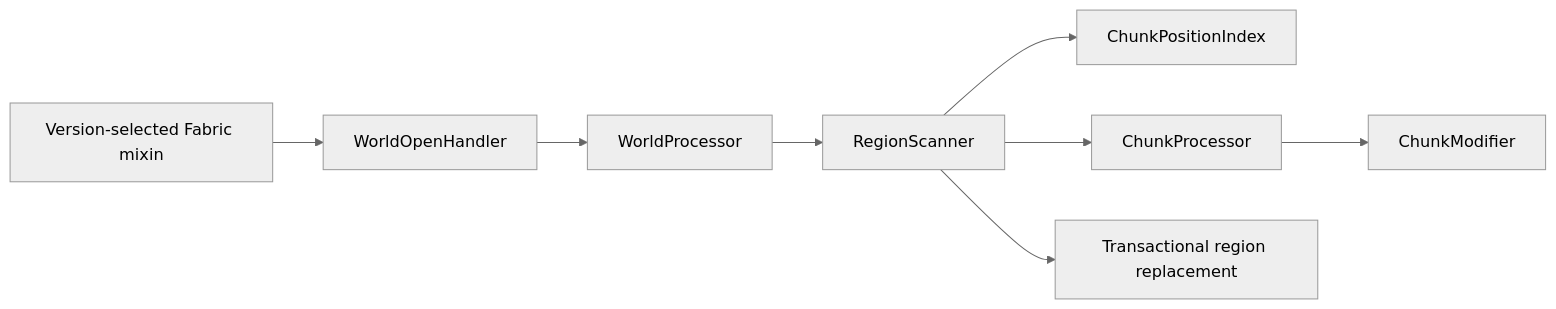
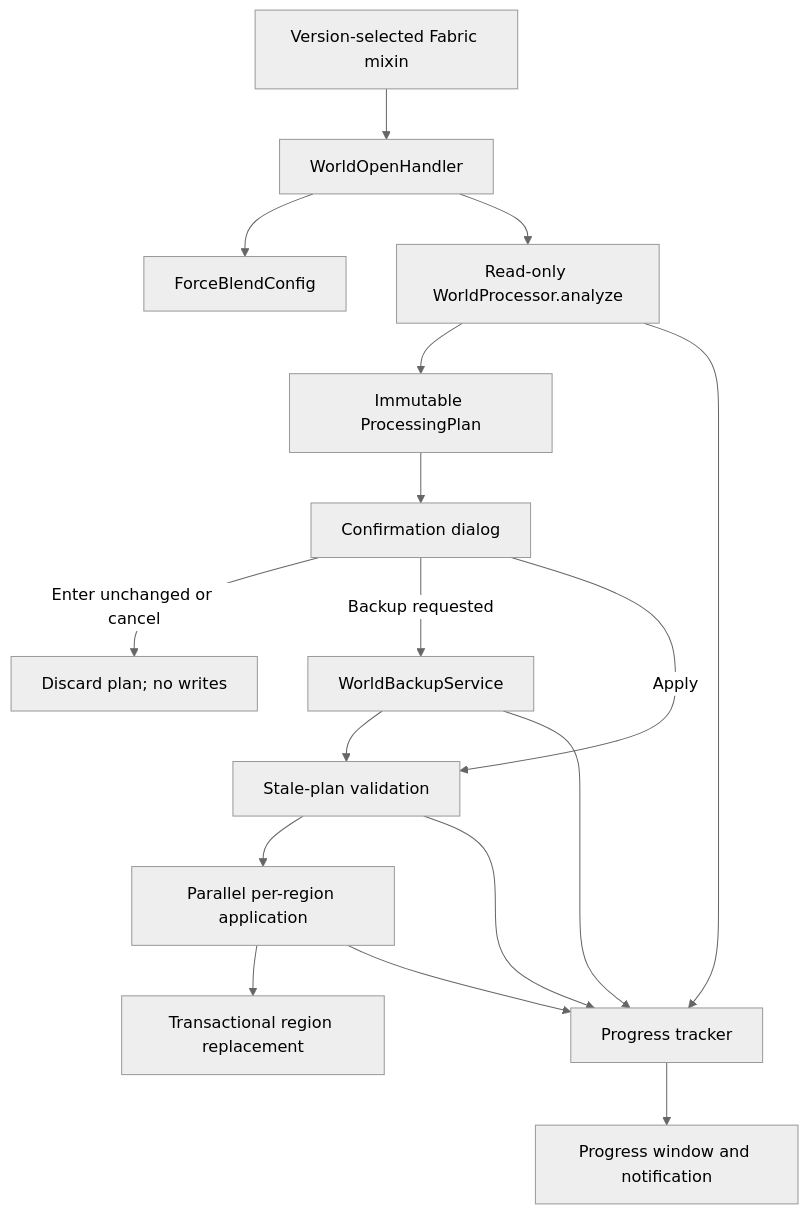
One commit to Mauro0805/ForceBlend changed the diagram in docs/ARCHITECTURE.md. Above: the diagram before and after it, drawn with Mermaid (neutral theme). The commit also changed other lines of this file and 49 other files, not shown here.

First line of the commit message:
feat: add pre-scan, parallel processing, and configurable execution workflow

````diff
--- a/docs/ARCHITECTURE.md
+++ b/docs/ARCHITECTURE.md
@@ -8,10 +8,19 @@
 ```mermaid
-flowchart LR
+flowchart TD
     A["Version-selected Fabric mixin"] --> B["WorldOpenHandler"]
-    B --> C["WorldProcessor"]
-    C --> D["RegionScanner"]
-    D --> I["ChunkPositionIndex"]
-    D --> E["ChunkProcessor"]
-    E --> F["ChunkModifier"]
-    D --> G["Transactional region replacement"]
+    B --> C["ForceBlendConfig"]
+    B --> D["Read-only WorldProcessor.analyze"]
+    D --> E["Immutable ProcessingPlan"]
+    E --> F["Confirmation dialog"]
+    F -->|"Enter unchanged or cancel"| G["Discard plan; no writes"]
+    F -->|"Backup requested"| H["WorldBackupService"]
+    F -->|"Apply"| I["Stale-plan validation"]
+    H --> I
+    I --> J["Parallel per-region application"]
+    J --> K["Transactional region replacement"]
+    D --> L["Progress tracker"]
+    I --> L
+    J --> L
+    H --> L
+    L --> M["Progress window and notification"]
 ```
````
